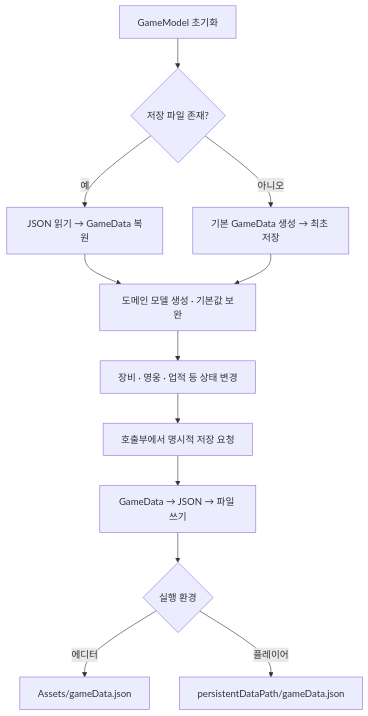
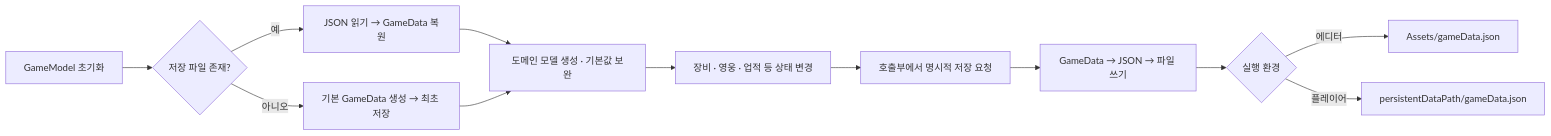
The third of 15 diagrams in README.md (Git-JBI/2D_RogueLite), drawn with Mermaid before and after one commit. The commit also changed other lines of this file, not shown here.

Commit message:
docs: simplify README descriptions and use horizontal diagrams

````diff
--- a/README.md
+++ b/README.md
@@ -85,14 +85,14 @@
 ```mermaid
-flowchart TD
+flowchart LR
     Boot["GameModel 초기화"] --> Exists{"저장 파일 존재?"}
     Exists -->|예| Read["JSON 읽기 → GameData 복원"]
     Exists -->|아니오| New["기본 GameData 생성 → 최초 저장"]
     Read --> Init["도메인 모델 생성 · 기본값 보완"]
     New --> Init
     Init --> Change["장비 · 영웅 · 업적 등 상태 변경"]
     Change --> Save["호출부에서 명시적 저장 요청"]
     Save --> Json["GameData → JSON → 파일 쓰기"]
     Json --> Path{"실행 환경"}
     Path -->|에디터| Editor["Assets/gameData.json"]
     Path -->|플레이어| Player["persistentDataPath/gameData.json"]
 ```
````
